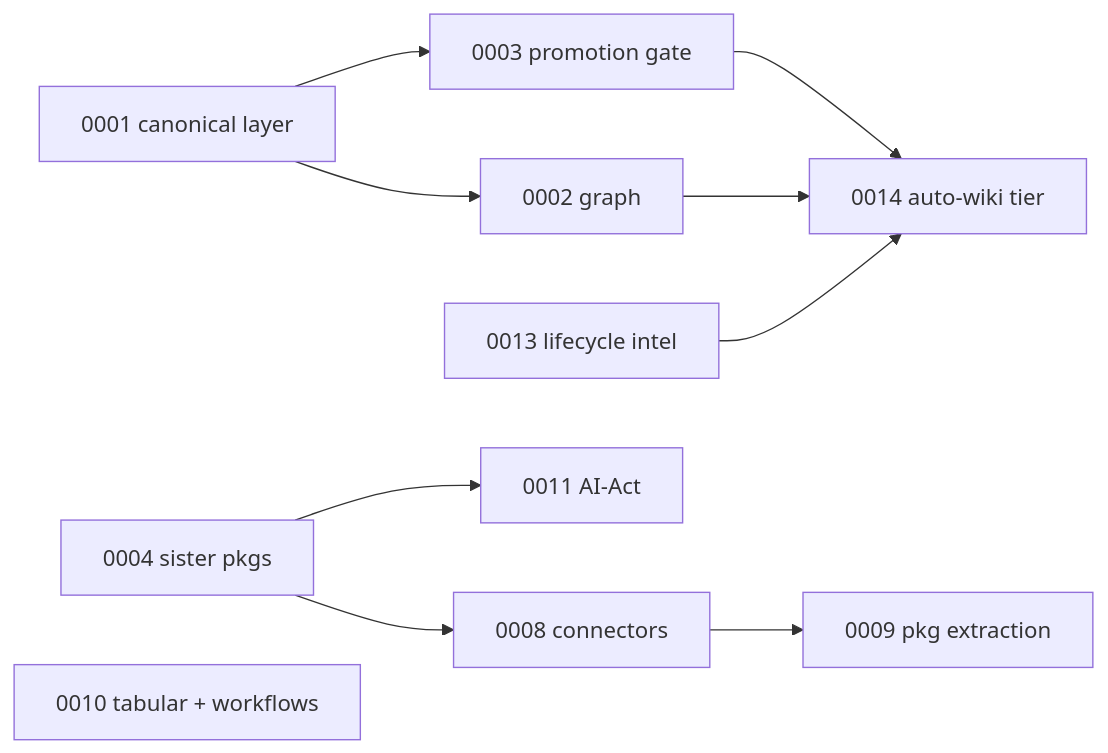
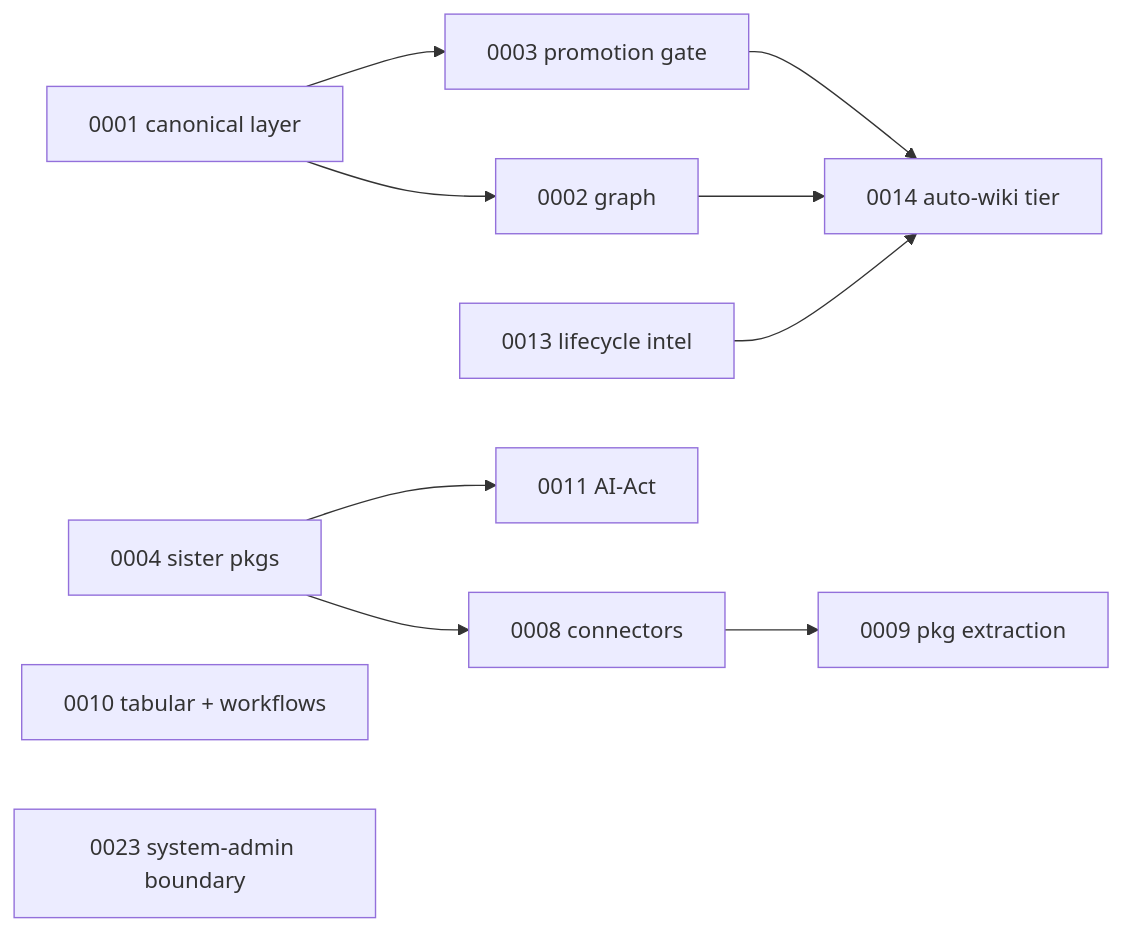
One commit to lopadova/AskMyDocs changed the diagram in docs-site/architecture/decisions.mdx. Above: the diagram before and after it, drawn with Mermaid. The commit also changed other lines of this file and 15 other files, not shown here.

Commit message:
docs(system-admin): document the platform privilege boundary

````diff
--- a/docs-site/architecture/decisions.mdx
+++ b/docs-site/architecture/decisions.mdx
@@ -78,11 +83,12 @@
 ```mermaid
 flowchart LR
     A0001[0001 canonical layer] --> A0002[0002 graph]
     A0001 --> A0003[0003 promotion gate]
     A0003 --> A0014[0014 auto-wiki tier]
     A0002 --> A0014
     A0004[0004 sister pkgs] --> A0008[0008 connectors] --> A0009[0009 pkg extraction]
     A0004 --> A0011[0011 AI-Act]
     A0010[0010 tabular + workflows]
     A0013[0013 lifecycle intel] --> A0014
+    A0023[0023 system-admin boundary]
 ```
````
